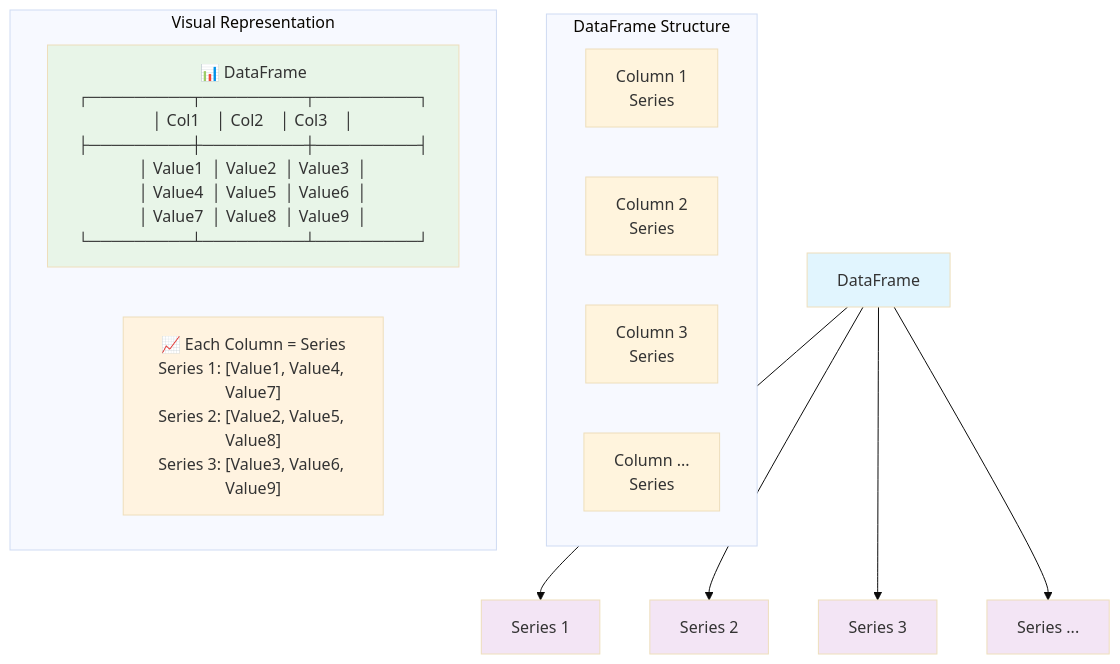
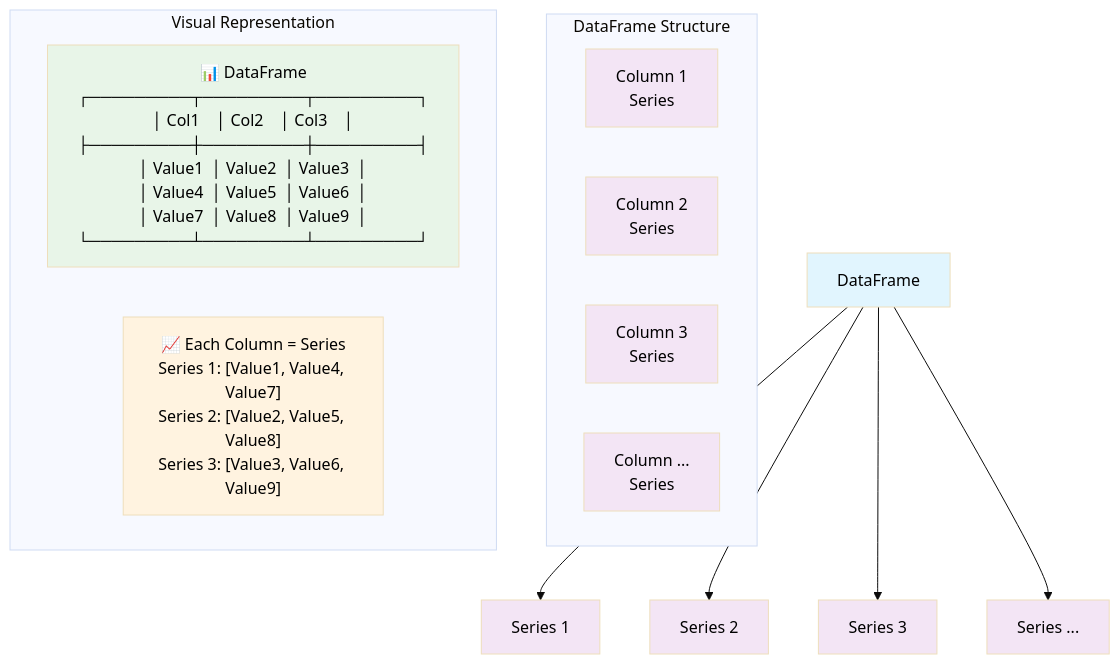
Before and after one commit to siddharthkumarrai/pandas: the diagram in README.md, drawn with Mermaid (base theme).

````diff
--- a/README.md
+++ b/README.md
@@ -2,27 +2,31 @@
 ```mermaid 
 graph TD
     A[DataFrame] --> B[Series 1]
     A --> C[Series 2]
     A --> D[Series 3]
     A --> E[Series ...]
     
     subgraph "DataFrame Structure"
         F[Column 1<br/>Series] 
         G[Column 2<br/>Series]
         H[Column 3<br/>Series]
         I[Column ...<br/>Series]
     end
     
     subgraph "Visual Representation"
         J["📊 DataFrame<br/>┌─────────┬─────────┬─────────┐<br/>│ Col1    │ Col2    │ Col3    │<br/>├─────────┼─────────┼─────────┤<br/>│ Value1  │ Value2  │ Value3  │<br/>│ Value4  │ Value5  │ Value6  │<br/>│ Value7  │ Value8  │ Value9  │<br/>└─────────┴─────────┴─────────┘"]
         K["📈 Each Column = Series<br/>Series 1: [Value1, Value4, Value7]<br/>Series 2: [Value2, Value5, Value8]<br/>Series 3: [Value3, Value6, Value9]"]
     end
     
-    style A fill:#e1f5fe
-    style B fill:#f3e5f5
-    style C fill:#f3e5f5
-    style D fill:#f3e5f5
-    style E fill:#f3e5f5
-    style J fill:#e8f5e8
-    style K fill:#fff3e0
+    style A fill:#e1f5fe,color:#000000
+    style B fill:#f3e5f5,color:#000000
+    style C fill:#f3e5f5,color:#000000
+    style D fill:#f3e5f5,color:#000000
+    style E fill:#f3e5f5,color:#000000
+    style F fill:#f3e5f5,color:#000000
+    style G fill:#f3e5f5,color:#000000
+    style H fill:#f3e5f5,color:#000000
+    style I fill:#f3e5f5,color:#000000
+    style J fill:#e8f5e8,color:#000000
+    style K fill:#fff3e0,color:#000000
 ```
````
